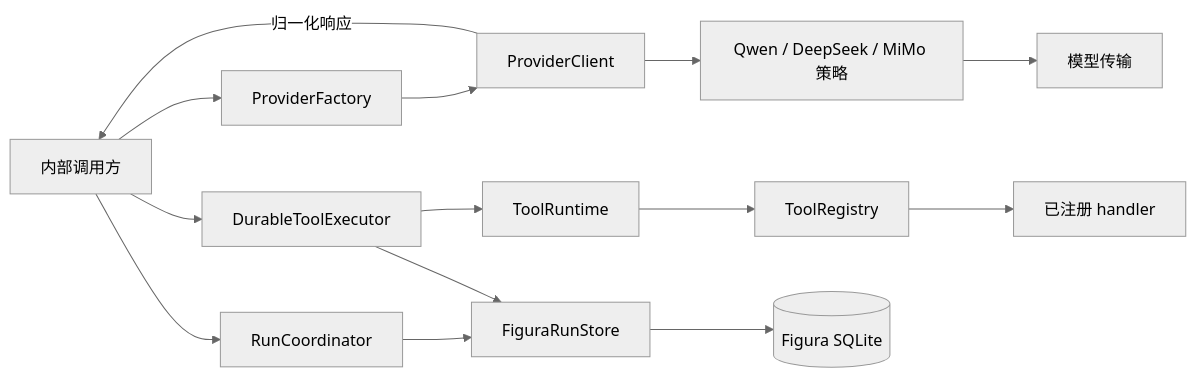
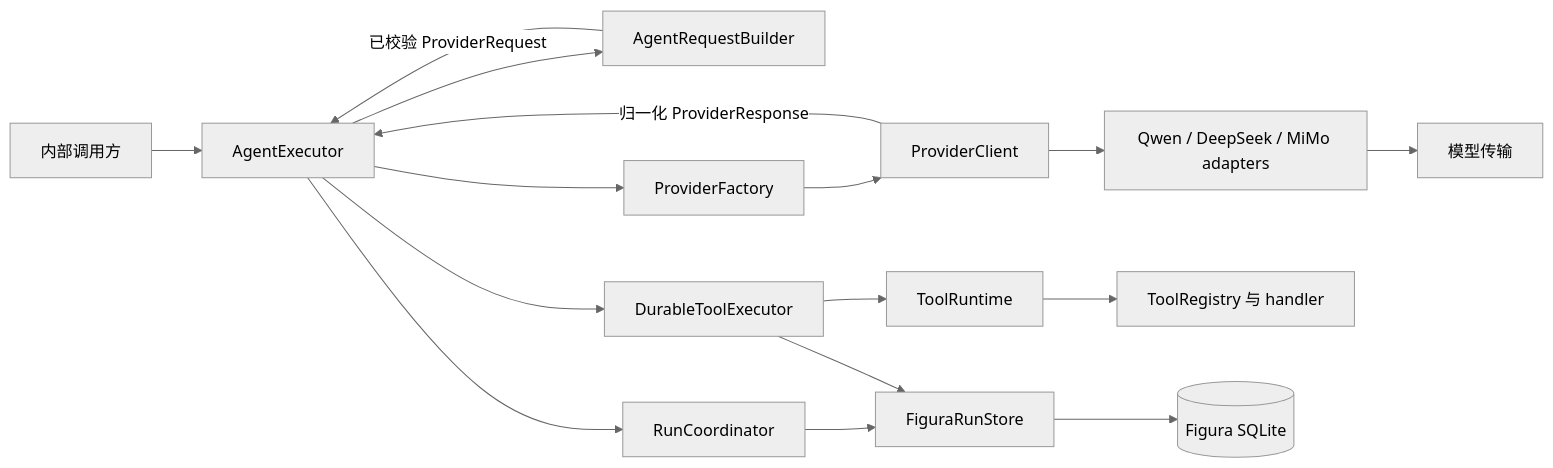
The diagram in docs/figura-implementation-overview.md (YeZibn/Figura), drawn with Mermaid (neutral theme) before and after one commit. The commit also changed other lines of this file and 22 other files, not shown here.

````diff
--- a/docs/figura-implementation-overview.md
+++ b/docs/figura-implementation-overview.md
@@ -20,16 +21,18 @@
 ```mermaid
 flowchart LR
-    Caller[内部调用方] --> Coordinator[RunCoordinator]
-    Caller --> Factory[ProviderFactory]
+    Caller[内部调用方] --> Agent[AgentExecutor]
+    Agent --> Builder[AgentRequestBuilder]
+    Builder -->|已校验 ProviderRequest| Agent
+    Agent --> Coordinator[RunCoordinator]
+    Agent --> Factory[ProviderFactory]
     Factory --> Client[ProviderClient]
-    Client --> Policy[Qwen / DeepSeek / MiMo 策略]
-    Policy --> Transport[模型传输]
-    Client -->|归一化响应| Caller
+    Client --> Adapters[Qwen / DeepSeek / MiMo adapters]
+    Adapters --> Transport[模型传输]
+    Client -->|归一化 ProviderResponse| Agent
+    Agent --> ToolExecutor[DurableToolExecutor]
+    ToolExecutor --> ToolRuntime[ToolRuntime]
+    ToolRuntime --> Registry[ToolRegistry 与 handler]
     Coordinator --> Store[FiguraRunStore]
-    Caller --> Executor[DurableToolExecutor]
-    Executor --> Store
-    Executor --> ToolRuntime[ToolRuntime]
-    ToolRuntime --> Registry[ToolRegistry]
-    Registry --> Handler[已注册 handler]
+    ToolExecutor --> Store
     Store --> SQLite[(Figura SQLite)]
 ```
````
